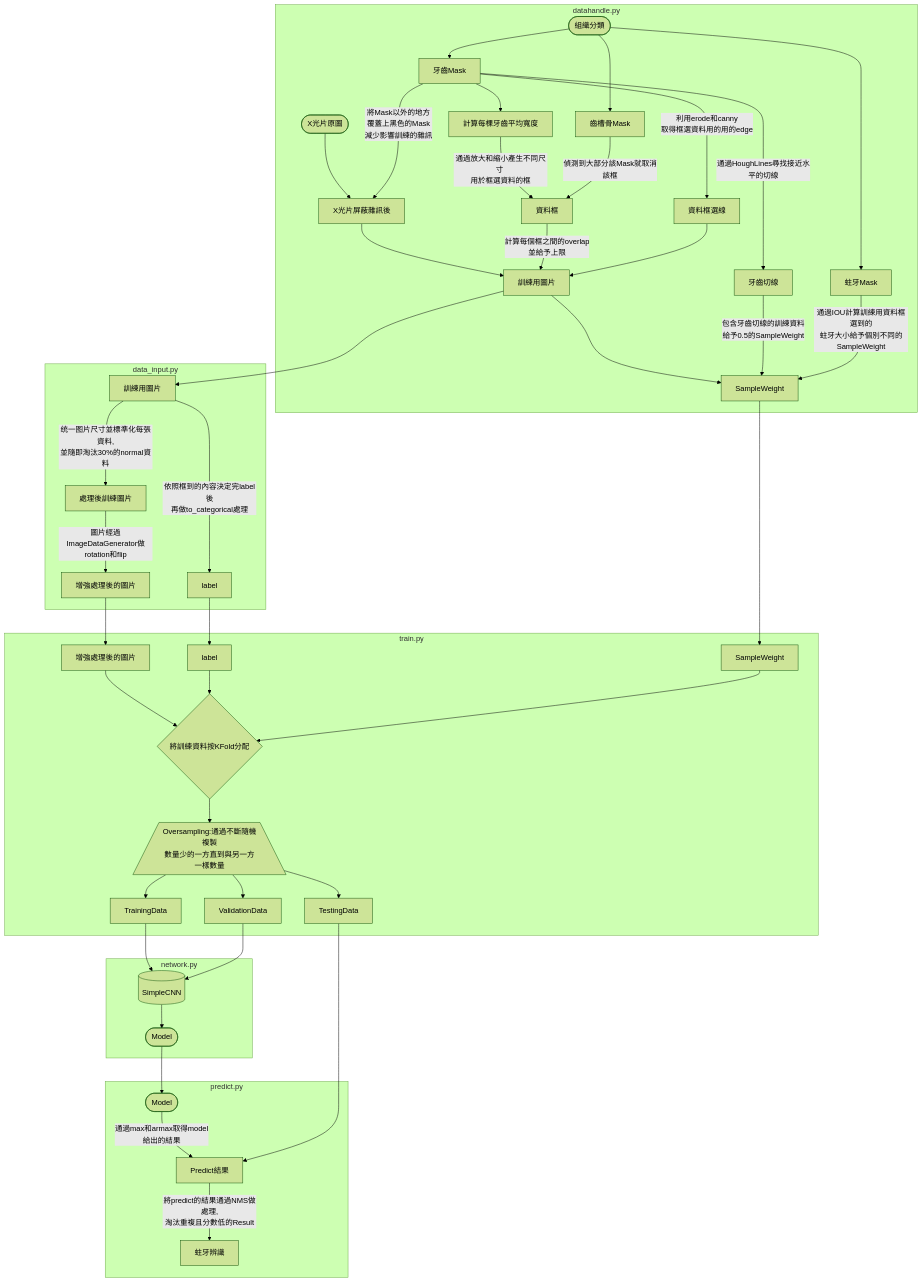
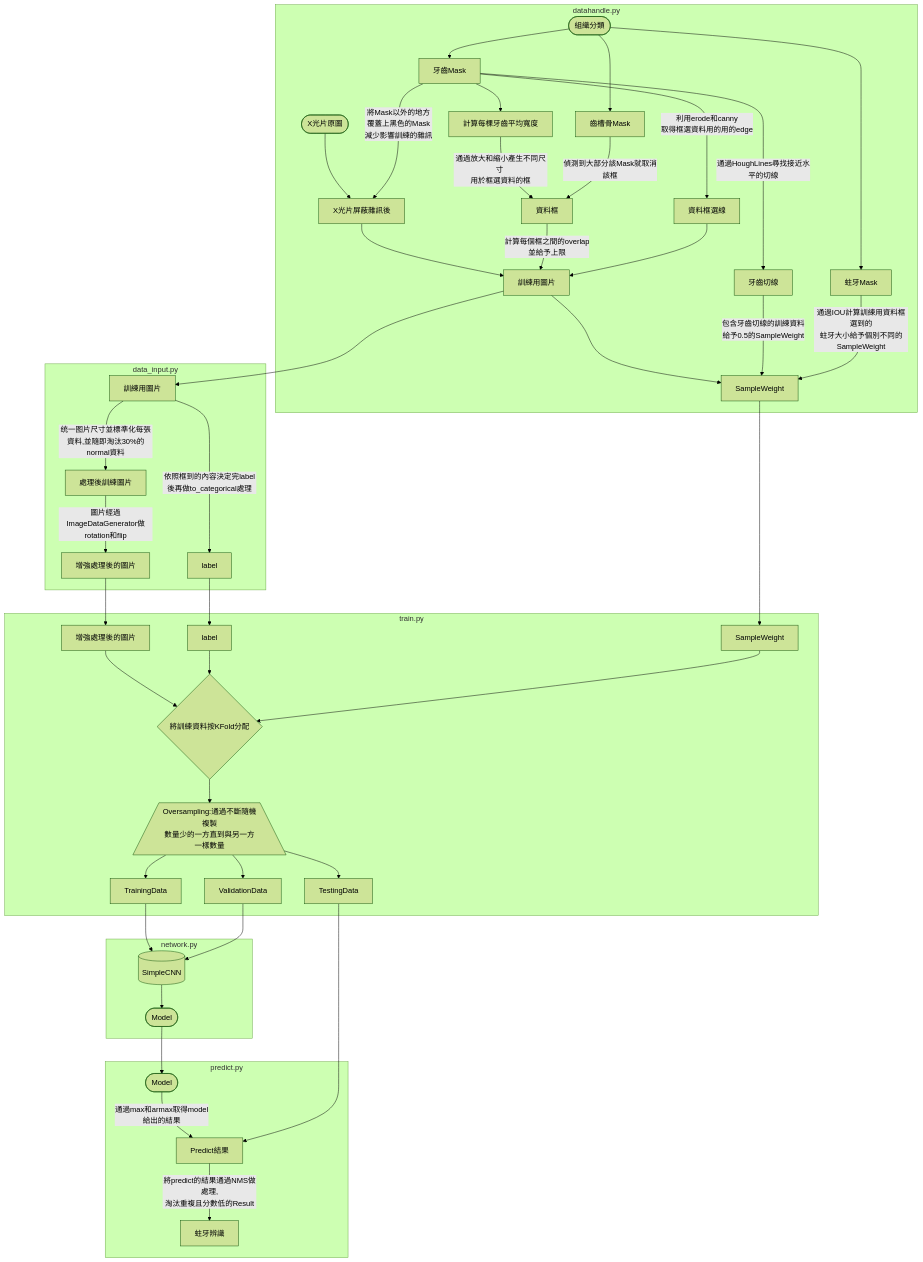
Before and after one commit to JasonYeongg/CariesDetection: the diagram in Edge Frame Detection/README.md, drawn with Mermaid (forest theme).

````diff
--- a/Edge Frame Detection/README.md
+++ b/Edge Frame Detection/README.md
@@ -63,50 +63,50 @@
 ```mermaid
 flowchart TD
 subgraph datahandle.py
 A([X光片原圖]) --> F[X光片屏蔽雜訊後]
 B([組織分類]) --> C[牙齒Mask]
 B --> D[蛀牙Mask]
 B --> E[齒槽骨Mask]
 C --> G[計算每棵牙齒平均寬度]
 C -->|將Mask以外的地方 \n覆蓋上黑色的Mask \n減少影響訓練的雜訊| F
 C -->|利用erode和canny \n取得框選資料用的用的edge| H[資料框選線]
 G -->|通過放大和縮小產生不同尺寸 \n用於框選資料的框| I[資料框]
 E -->|偵測到大部分該Mask就取消該框| I
 F --> J[訓練用圖片]
 I -->|計算每個框之間的overlap\n並給予上限| J
 H --> J
 C -->|通過HoughLines尋找接近水平的切線| K[牙齒切線]
 J --> L[SampleWeight]
 K -->|包含牙齒切線的訓練資料\n給予0.5的SampleWeight| L
 D -->|通過IOU計算訓練用資料框選到的\n蛀牙大小給予個別不同的SampleWeight| L
 end
 subgraph data_input.py
 J --> J1[訓練用圖片]
-J1 -->|统一图片尺寸並標準化每張資料,\n並隨即淘汰30%的normal資料| M[處理後訓練圖片]
-J1 -->|依照框到的內容決定完label後\n再做to_categorical處理| N[label]
+J1 -->|统一图片尺寸並標準化每張資料,並隨即淘汰30%的normal資料| M[處理後訓練圖片]
+J1 -->|依照框到的內容決定完label後再做to_categorical處理| N[label]
 M -->|圖片經過ImageDataGenerator做rotation和flip| O[增強處理後的圖片]
 end
 subgraph train.py
 O --> O1[增強處理後的圖片]
 N --> N1[label]
 L --> L1[SampleWeight]
 O1 --> P{將訓練資料按KFold分配}
 N1 --> P
 L1 --> P
 P --> Q[/Oversampling:通過不斷隨機複製\n數量少的一方直到與另一方一樣數量\]
 Q --> Q1[TrainingData]
 Q --> Q2[ValidationData]
 Q --> Q3[TestingData]
 end
 subgraph network.py
 Q1 --> R[(SimpleCNN)]
 Q2 --> R[(SimpleCNN)]
 R --> S([Model])
 end
 subgraph predict.py
 S --> S1([Model])
 S1 --> |通過max和armax取得model給出的結果| SA[Predict結果]
 Q3 --> SA
 SA --> |將predict的結果通過NMS做處理,\n淘汰重複且分數低的Result| SR[蛀牙辨識]
 end
 ```
````
